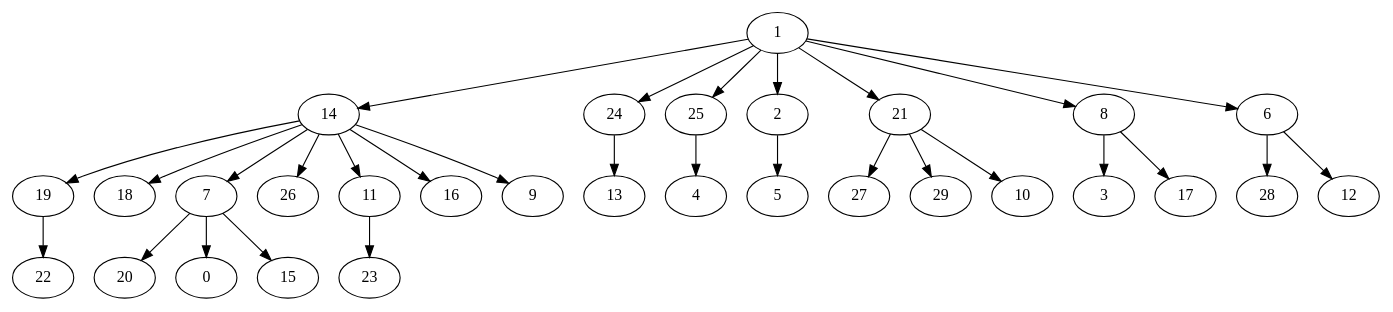
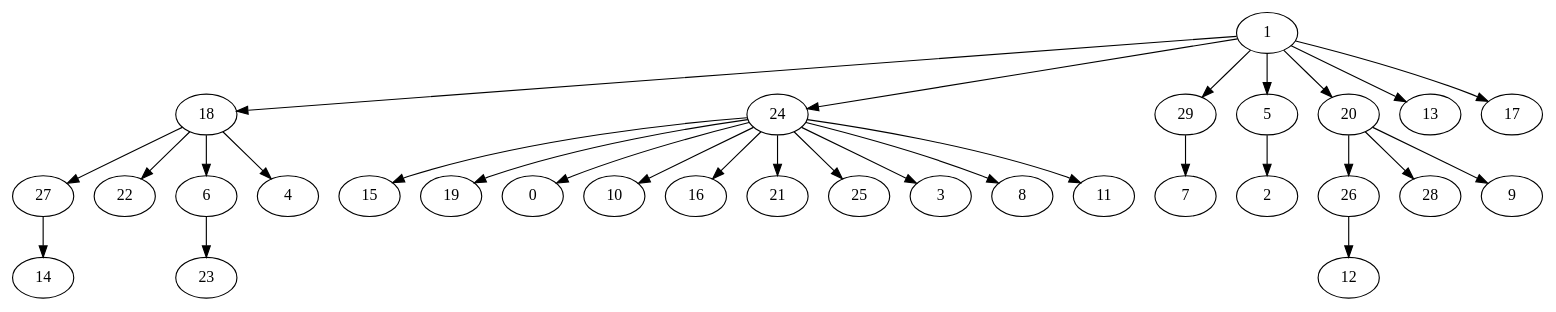
The diagram in arbol_bfs_erdos30.gv (GusRojas/Grafos2DAA_A24), drawn with Graphviz before and after one commit. The commit also changed 41 other files, not shown here.

```diff
--- a/arbol_bfs_erdos30.gv
+++ b/arbol_bfs_erdos30.gv
@@ -1,31 +1,31 @@
 digraph {
-  1 -> 14;
+  1 -> 18;
   1 -> 24;
-  1 -> 25;
-  1 -> 2;
-  1 -> 21;
-  1 -> 8;
-  1 -> 6;
-  14 -> 19;
-  14 -> 18;
-  14 -> 7;
-  14 -> 26;
-  14 -> 11;
-  14 -> 16;
-  14 -> 9;
-  24 -> 13;
-  25 -> 4;
-  2 -> 5;
-  21 -> 27;
-  21 -> 29;
-  21 -> 10;
-  8 -> 3;
-  8 -> 17;
-  6 -> 28;
-  6 -> 12;
-  19 -> 22;
-  7 -> 20;
-  7 -> 0;
-  7 -> 15;
-  11 -> 23;
+  1 -> 29;
+  1 -> 5;
+  1 -> 20;
+  1 -> 13;
+  1 -> 17;
+  18 -> 27;
+  18 -> 22;
+  18 -> 6;
+  18 -> 4;
+  24 -> 15;
+  24 -> 19;
+  24 -> 0;
+  24 -> 10;
+  24 -> 16;
+  24 -> 21;
+  24 -> 25;
+  24 -> 3;
+  24 -> 8;
+  24 -> 11;
+  29 -> 7;
+  5 -> 2;
+  20 -> 26;
+  20 -> 28;
+  20 -> 9;
+  27 -> 14;
+  6 -> 23;
+  26 -> 12;
 }
```
